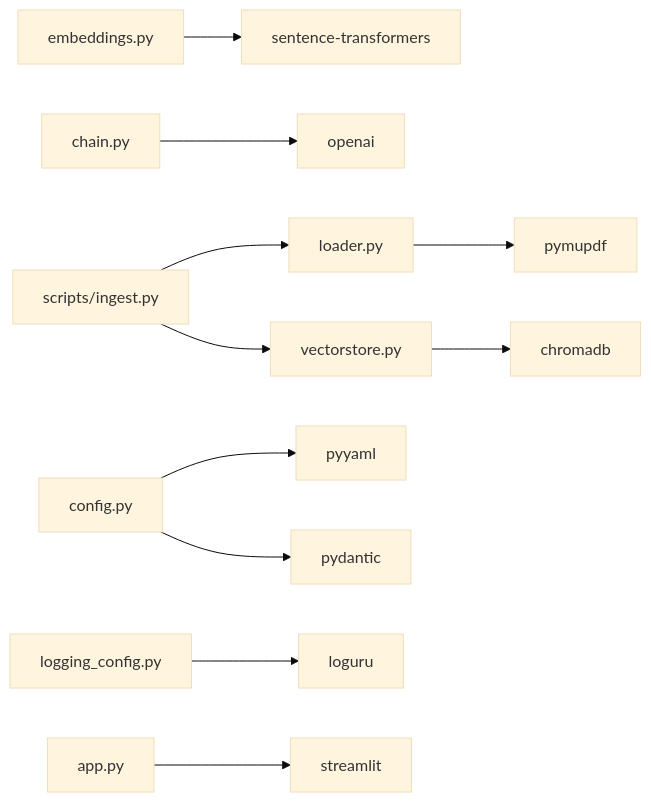
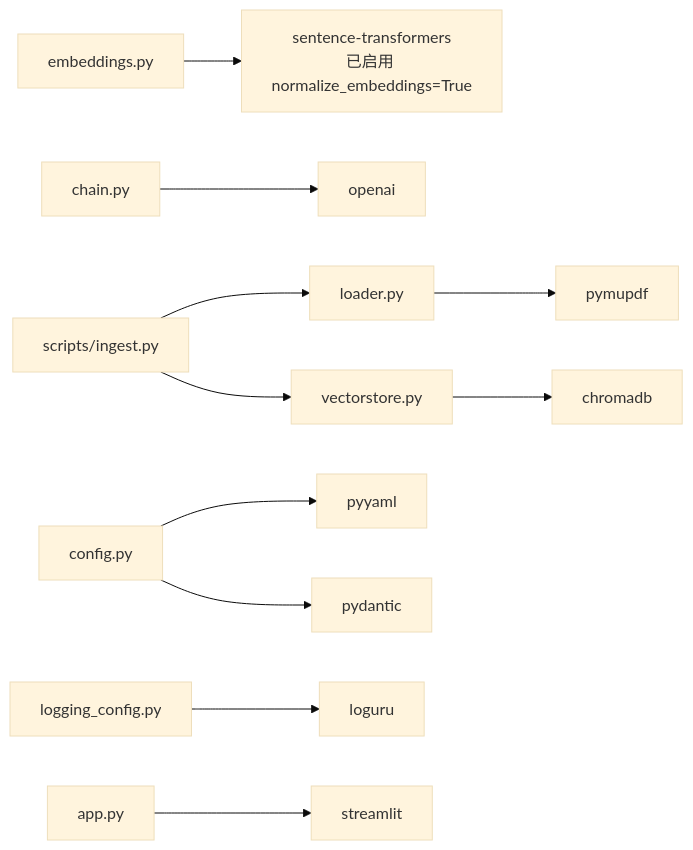
One commit to joyafa/knowledge changed the eighth of 8 diagrams in .qoder/repowiki/zh/content/RAG核心引擎/嵌入模型集成.md. Above: the diagram before and after it, drawn with Mermaid (base theme). The commit also changed other lines of this file and 20 other files, not shown here.

````diff
--- a/.qoder/repowiki/zh/content/RAG核心引擎/嵌入模型集成.md
+++ b/.qoder/repowiki/zh/content/RAG核心引擎/嵌入模型集成.md
@@ -299,13 +309,13 @@
 ```mermaid
 graph LR
-EMB["embeddings.py"] --> ST["sentence-transformers"]
+EMB["embeddings.py"] --> ST["sentence-transformers<br/>已启用 normalize_embeddings=True"]
 VS["vectorstore.py"] --> CHROMA["chromadb"]
 CHAIN["chain.py"] --> OPENAI["openai"]
 LOADER["loader.py"] --> PMU["pymupdf"]
 CFG["config.py"] --> YAML["pyyaml"]
 CFG --> PYD["pydantic"]
 LOG["logging_config.py"] --> LOGURU["loguru"]
 APP["app.py"] --> STREAMLIT["streamlit"]
 INGEST["scripts/ingest.py"] --> LOADER
 INGEST --> VS
 ```
````
